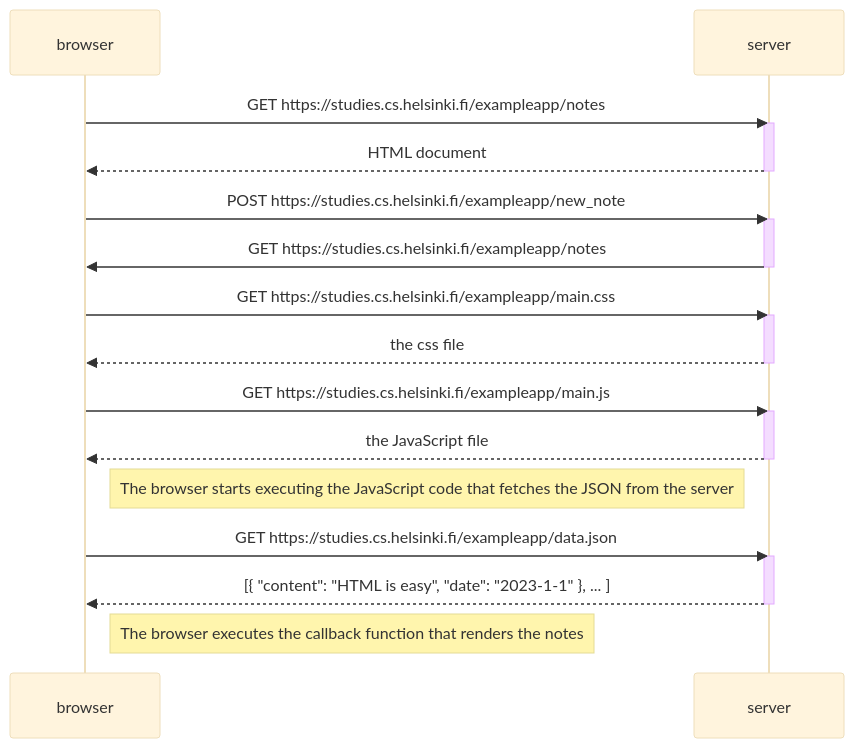
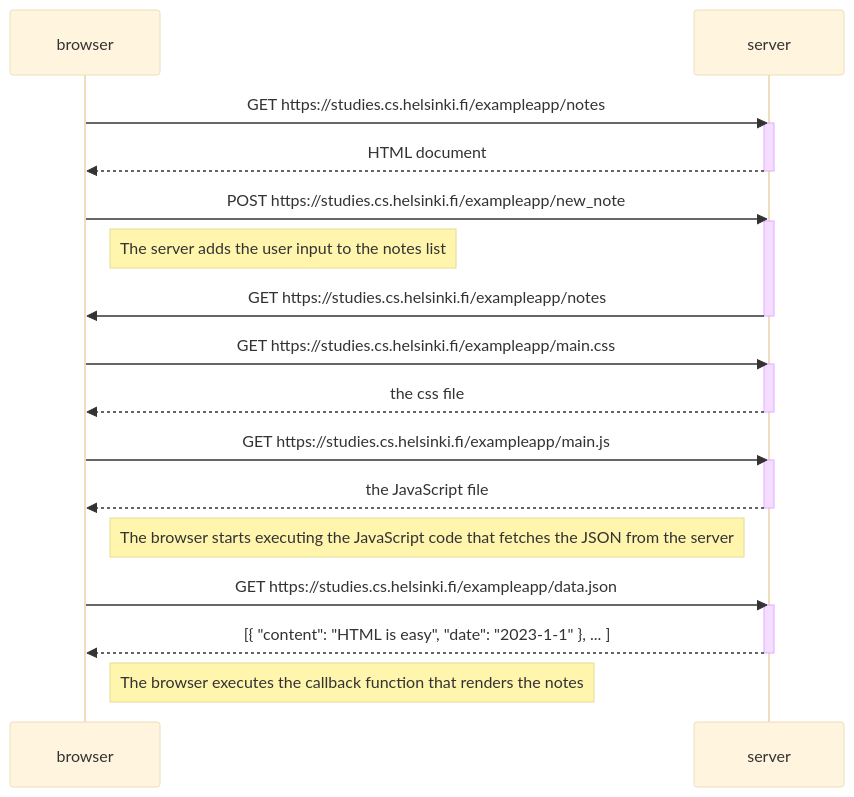
Before and after one commit to sarmen-t/fullstackopen: the diagram in part0.md, drawn with Mermaid (base theme).

````diff
--- a/part0.md
+++ b/part0.md
@@ -4,29 +4,30 @@
 ```mermaid
 sequenceDiagram
     participant browser
     participant server
 
     browser->>server: GET https://studies.cs.helsinki.fi/exampleapp/notes
     activate server
     server-->>browser: HTML document
     deactivate server
     browser->>server: POST https://studies.cs.helsinki.fi/exampleapp/new_note
     activate server
+    Note right of browser: The server adds the user input to the notes list
     server->>browser: GET https://studies.cs.helsinki.fi/exampleapp/notes
     deactivate server
     
     browser->>server: GET https://studies.cs.helsinki.fi/exampleapp/main.css
     activate server
     server-->>browser: the css file
     deactivate server
     browser->>server: GET https://studies.cs.helsinki.fi/exampleapp/main.js
     activate server
     server-->>browser: the JavaScript file
     deactivate server
     Note right of browser: The browser starts executing the JavaScript code that fetches the JSON from the server
     browser->>server: GET https://studies.cs.helsinki.fi/exampleapp/data.json
     activate server
     server-->>browser: [{ "content": "HTML is easy", "date": "2023-1-1" }, ... ]
     deactivate server
     Note right of browser: The browser executes the callback function that renders the notes
 ```
````
